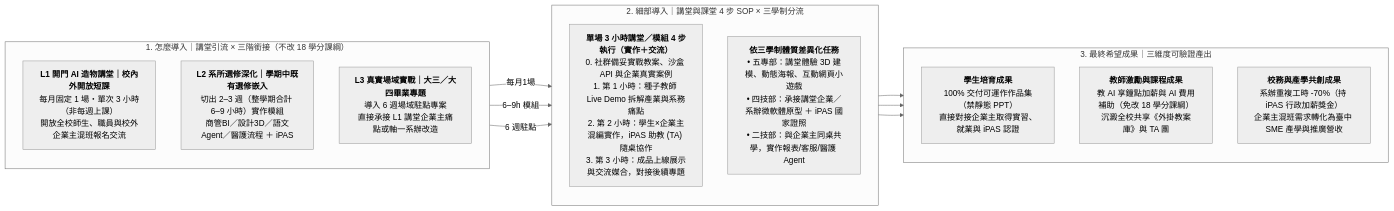
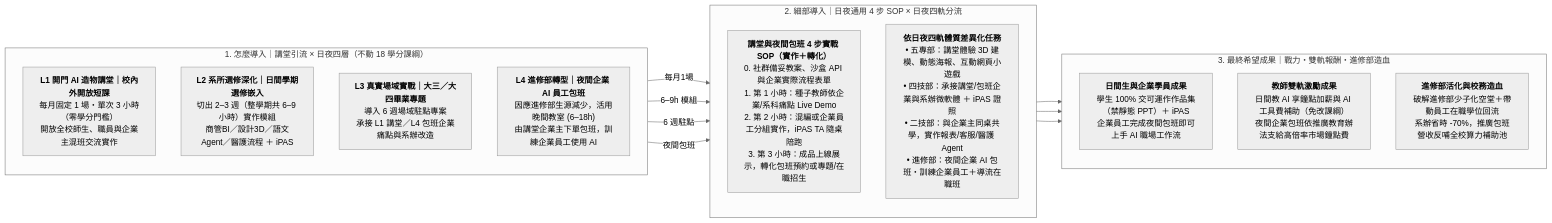
Before and after one commit to nutcelvischen-jpg/nutc-ai-open-door: the second of 4 diagrams in README.md, drawn with Mermaid (neutral theme). The commit also changed other lines of this file and 3 other files, not shown here.

````diff
--- a/README.md
+++ b/README.md
@@ -44,29 +44,31 @@
 ```mermaid
 flowchart LR
-    subgraph ENTRY["1. 怎麼導入｜講堂引流 × 三階銜接（不改 18 學分課綱）"]
+    subgraph ENTRY["1. 怎麼導入｜講堂引流 × 日夜四層（不動 18 學分課綱）"]
         direction TB
-        E_L1["<b>L1 開門 AI 造物講堂｜校內外開放短課</b><br/>每月固定 1 場・單次 3 小時（非每週上課）<br/>開放全校師生、職員與校外企業主混班報名交流"]
-        E_L2["<b>L2 系所選修深化｜學期中既有選修嵌入</b><br/>切出 2–3 週（整學期合計 6–9 小時）實作模組<br/>商管BI／設計3D／語文Agent／醫護流程 ＋ iPAS"]
-        E_L3["<b>L3 真實場域實戰｜大三／大四畢業專題</b><br/>導入 6 週場域駐點專案<br/>直接承接 L1 講堂企業主痛點或軸一系辦改造"]
+        E_L1["<b>L1 開門 AI 造物講堂｜校內外開放短課</b><br/>每月固定 1 場・單次 3 小時（零學分門檻）<br/>開放全校師生、職員與企業主混班交流實作"]
+        E_L2["<b>L2 系所選修深化｜日間學期選修嵌入</b><br/>切出 2–3 週（整學期共 6–9 小時）實作模組<br/>商管BI／設計3D／語文Agent／醫護流程 ＋ iPAS"]
+        E_L3["<b>L3 真實場域實戰｜大三／大四畢業專題</b><br/>導入 6 週場域駐點專案<br/>承接 L1 講堂／L4 包班企業痛點與系辦改造"]
+        E_L4["<b>L4 進修部轉型｜夜間企業 AI 員工包班</b><br/>因應進修部生源減少，活用晚間教室 (6–18h)<br/>由講堂企業主下單包班，訓練企業員工使用 AI"]
     end
 
-    subgraph DETAIL["2. 細部導入｜講堂與課堂 4 步 SOP × 三學制分流"]
+    subgraph DETAIL["2. 細部導入｜日夜通用 4 步 SOP × 日夜四軌分流"]
         direction TB
-        SOP["<b>單場 3 小時講堂／模組 4 步執行（實作＋交流）</b><br/>0. 社群備妥實戰教案、沙盒 API 與企業真實案例<br/>1. 第 1 小時：種子教師 Live Demo 拆解產業與系務痛點<br/>2. 第 2 小時：學生×企業主混編實作，iPAS 助教 (TA) 隨桌協作<br/>3. 第 3 小時：成品上線展示與交流媒合，對接後續專題"]
-        TRK["<b>依三學制體質差異化任務</b><br/>• 五專部：講堂體驗 3D 建模、動態海報、互動網頁小遊戲<br/>• 四技部：承接講堂企業／系辦微軟體原型 ＋ iPAS 國家證照<br/>• 二技部：與企業主同桌共學，實作報表/客服/醫護 Agent"]
+        SOP["<b>講堂與夜間包班 4 步實戰 SOP（實作＋轉化）</b><br/>0. 社群備妥教案、沙盒 API 與企業實際流程表單<br/>1. 第 1 小時：種子教師依企業/系科痛點 Live Demo<br/>2. 第 2 小時：混編或企業員工分組實作，iPAS TA 隨桌陪跑<br/>3. 第 3 小時：成品上線展示，轉化包班預約或專題/在職招生"]
+        TRK["<b>依日夜四軌體質差異化任務</b><br/>• 五專部：講堂體驗 3D 建模、動態海報、互動網頁小遊戲<br/>• 四技部：承接講堂/包班企業與系辦微軟體 ＋ iPAS 證照<br/>• 二技部：與企業主同桌共學，實作報表/客服/醫護 Agent<br/>• 進修部：夜間企業 AI 包班・訓練企業員工＋導流在職班"]
     end
 
-    subgraph OUT["3. 最終希望成果｜三維度可驗證產出"]
+    subgraph OUT["3. 最終希望成果｜戰力・雙軌報酬・進修部造血"]
         direction TB
-        O_STU["<b>學生培育成果</b><br/>100% 交付可運作作品集（禁靜態 PPT）<br/>直接對接企業主取得實習、就業與 iPAS 認證"]
-        O_TEA["<b>教師激勵與課程成果</b><br/>教 AI 享鐘點加薪與 AI 費用補助（免改 18 學分課綱）<br/>沉澱全校共享《外掛教案庫》與 TA 團"]
-        O_SCH["<b>校務與產學共創成果</b><br/>系辦重複工時 -70%（持 iPAS 行政加薪獎金）<br/>企業主混班需求轉化為臺中 SME 產學與推廣營收"]
+        O_STU["<b>日間生與企業學員成果</b><br/>學生 100% 交可運作作品集（禁靜態 PPT）＋ iPAS<br/>企業員工完成夜間包班即可上手 AI 職場工作流"]
+        O_TEA["<b>教師雙軌激勵成果</b><br/>日間教 AI 享鐘點加薪與 AI 工具費補助（免改課綱）<br/>夜間企業包班依推廣教育辦法支給高倍率市場鐘點費"]
+        O_SCH["<b>進修部活化與校務造血</b><br/>破解進修部少子化空堂＋帶動員工在職學位回流<br/>系辦省時 -70%，推廣包班營收反哺全校算力補助池"]
     end
 
     E_L1 -->|"每月1場"| SOP
     E_L2 -->|"6–9h 模組"| SOP
     E_L3 -->|"6 週駐點"| TRK
+    E_L4 -->|"夜間包班"| TRK
     SOP --> O_STU
     SOP --> O_TEA
     TRK --> O_SCH
 ```
````
